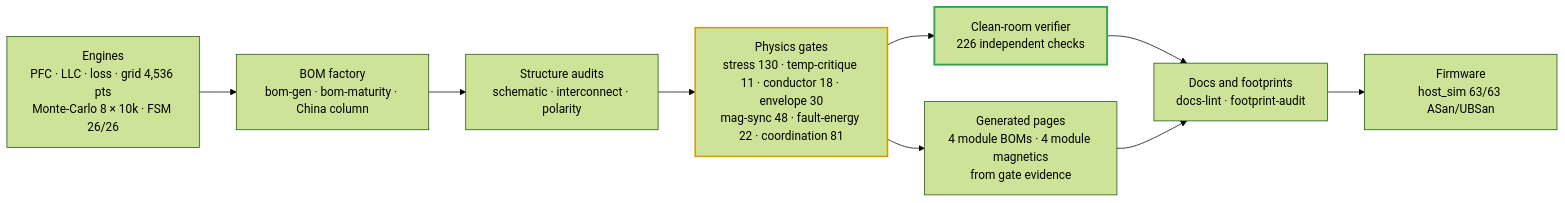
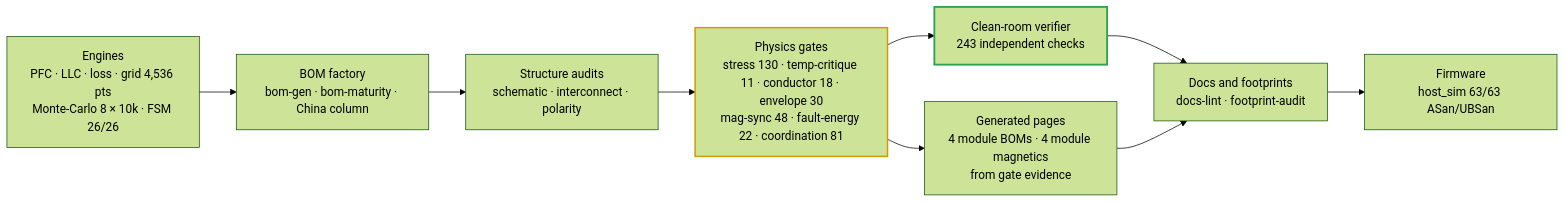
The third of 4 diagrams in README.md (vectivolt/DC-Modules), drawn with Mermaid (forest theme) before and after one commit. The commit also changed other lines of this file and 883 other files, not shown here.

````diff
--- a/README.md
+++ b/README.md
@@ -117,13 +117,13 @@
 ```mermaid
 flowchart LR
   E["Engines<br/>PFC · LLC · loss · grid 4,536 pts<br/>Monte-Carlo 8 × 10k · FSM 26/26"] --> B["BOM factory<br/>bom-gen · bom-maturity · China column"]
   B --> S["Structure audits<br/>schematic · interconnect · polarity"]
   S --> P["Physics gates<br/>stress 130 · temp-critique 11 · conductor 18 · envelope 30<br/>mag-sync 48 · fault-energy 22 · coordination 81"]
-  P --> I["Clean-room verifier<br/>226 independent checks"]
+  P --> I["Clean-room verifier<br/>243 independent checks"]
   I --> D["Docs and footprints<br/>docs-lint · footprint-audit"]
   D --> F["Firmware<br/>host_sim 63/63 ASan/UBSan"]
   P --> G["Generated pages<br/>4 module BOMs · 4 module magnetics<br/>from gate evidence"]
   G --> D
   style I stroke:#2ea44f,stroke-width:2.5px
   style P stroke:#d19a00,stroke-width:2px
 ```
````
